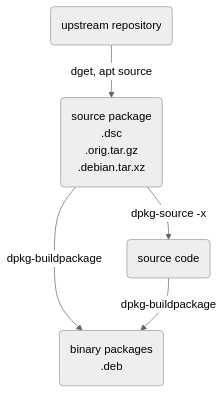
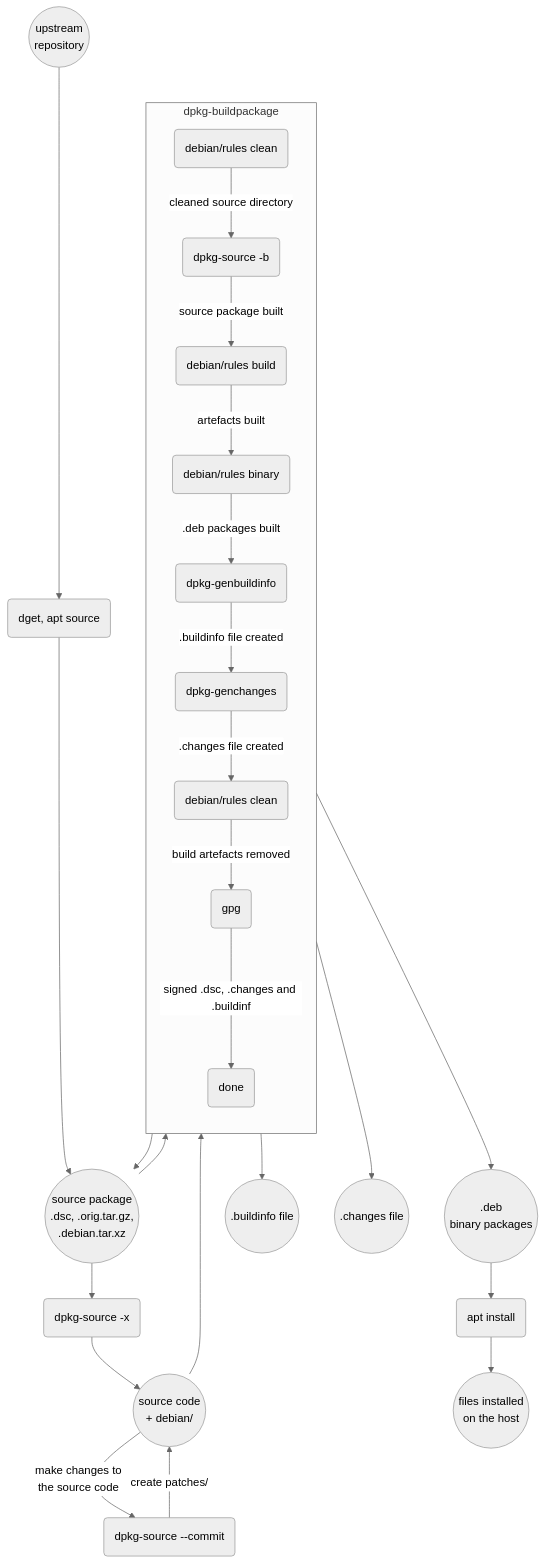
Before and after one commit to matletix/wiki: the diagram in content/posts/linux/debian-packaging.md, drawn with Mermaid (neutral theme). The commit also changed other lines of this file, not shown here.

Commit message:
Update mermaid diagram

````diff
--- a/content/posts/linux/debian-packaging.md
+++ b/content/posts/linux/debian-packaging.md
@@ -339,11 +504,37 @@
 ```mermaid
 graph TB;
-A(upstream repository)
-B(source package\n.dsc\n.orig.tar.gz\n.debian.tar.xz)
-C(source code)
-D(binary packages\n.deb)
 
-A --> |dget, apt source| B
-B --> |dpkg-source -x| C
-B & C --> |dpkg-buildpackage| D
+subgraph buildpackage[dpkg-buildpackage]
+    direction TB
+    s1(debian/rules clean)--cleaned source directory-->
+    s2(dpkg-source -b)--source package built-->
+    s3(debian/rules build)--artefacts built-->
+    s4(debian/rules binary)--.deb packages built-->
+    s5(dpkg-genbuildinfo)--.buildinfo file created-->
+    s6(dpkg-genchanges)--.changes file created-->
+    s7(debian/rules clean)--build artefacts removed-->
+    s9(gpg)--signed .dsc, .changes and .buildinfo-->
+    s10(done)
+end
+
+A((upstream\nrepository))-->
+a1(dget, apt source)-->
+B((source package\n.dsc, .orig.tar.gz,\n.debian.tar.xz))-->
+b1(dpkg-source -x)-->
+C((source code\n+ debian/))
+C2(dpkg-source --commit)
+D((.deb\nbinary packages))-->
+E(apt install)-->
+F((files installed\non the host))
+G((.buildinfo file))
+H((.changes file))
+
+B-->buildpackage
+C-->buildpackage
+C--make changes to\nthe source code-->C2
+C2--create patches/-->C
+buildpackage-->B
+buildpackage-->D
+buildpackage-->G
+buildpackage-->H
 ```
````
